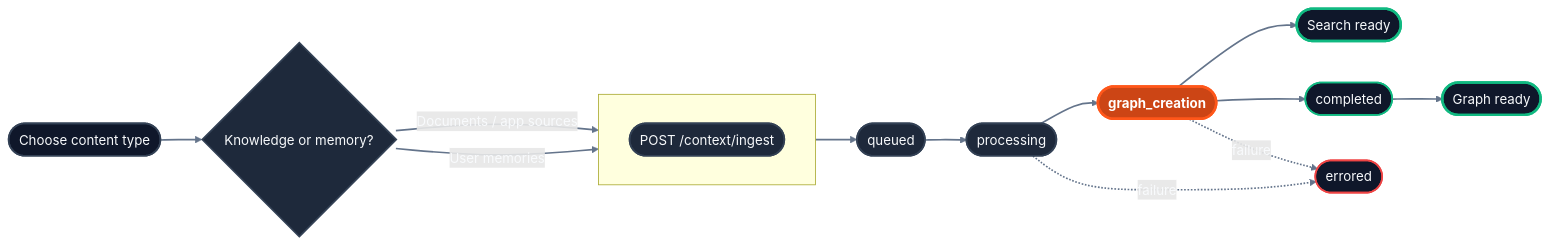
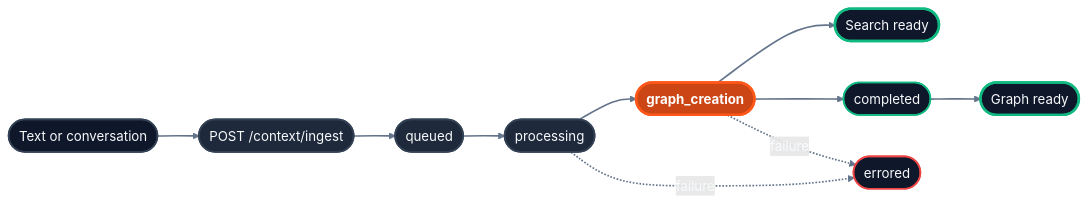
Before and after one commit to hydra-db/mintlify-docs: the diagram in api-reference/v2/endpoint/sources-overview.mdx, drawn with Mermaid. The commit also changed other lines of this file and 19 other files, not shown here.

````diff
--- a/api-reference/v2/endpoint/sources-overview.mdx
+++ b/api-reference/v2/endpoint/sources-overview.mdx
@@ -21,34 +22,25 @@
 ```mermaid
 flowchart LR
-    A([Choose content type]) --> B{Knowledge or memory?}
-
-    subgraph Ingestion [" "]
-      direction LR
-      SI([POST /context/ingest])
-    end
-
-    B -- Documents / app sources --> SI
-    B -- User memories --> SI
+    A([Text or conversation]) --> SI([POST /context/ingest])
 
     SI --> Q([queued])
     Q --> P([processing])
     P --> G([graph_creation])
     G --> R([Search ready])
     G --> C([completed])
     C --> GR([Graph ready])
 
     P -. failure .-> E([errored])
     G -. failure .-> E
 
     linkStyle default stroke:#64748b,stroke-width:2px,color:#f8fafc
     style A fill:#0f172a,stroke:#334155,stroke-width:2px,color:#f8fafc
-    style B fill:#1e293b,stroke:#334155,stroke-width:2px,color:#f8fafc
     style SI fill:#1e293b,stroke:#334155,stroke-width:2px,color:#f8fafc
     style Q fill:#1e293b,stroke:#334155,stroke-width:2px,color:#f8fafc
     style P fill:#1e293b,stroke:#334155,stroke-width:2px,color:#f8fafc
     style G fill:#CC4515,stroke:#FF571A,stroke-width:3px,color:#ffffff,font-weight:bold
     style C fill:#0f172a,stroke:#10b981,stroke-width:2px,color:#f8fafc
     style R fill:#0f172a,stroke:#10b981,stroke-width:3px,color:#f8fafc
     style GR fill:#0f172a,stroke:#10b981,stroke-width:3px,color:#f8fafc
     style E fill:#0f172a,stroke:#ef4444,stroke-width:2px,color:#f8fafc
 ```
````
